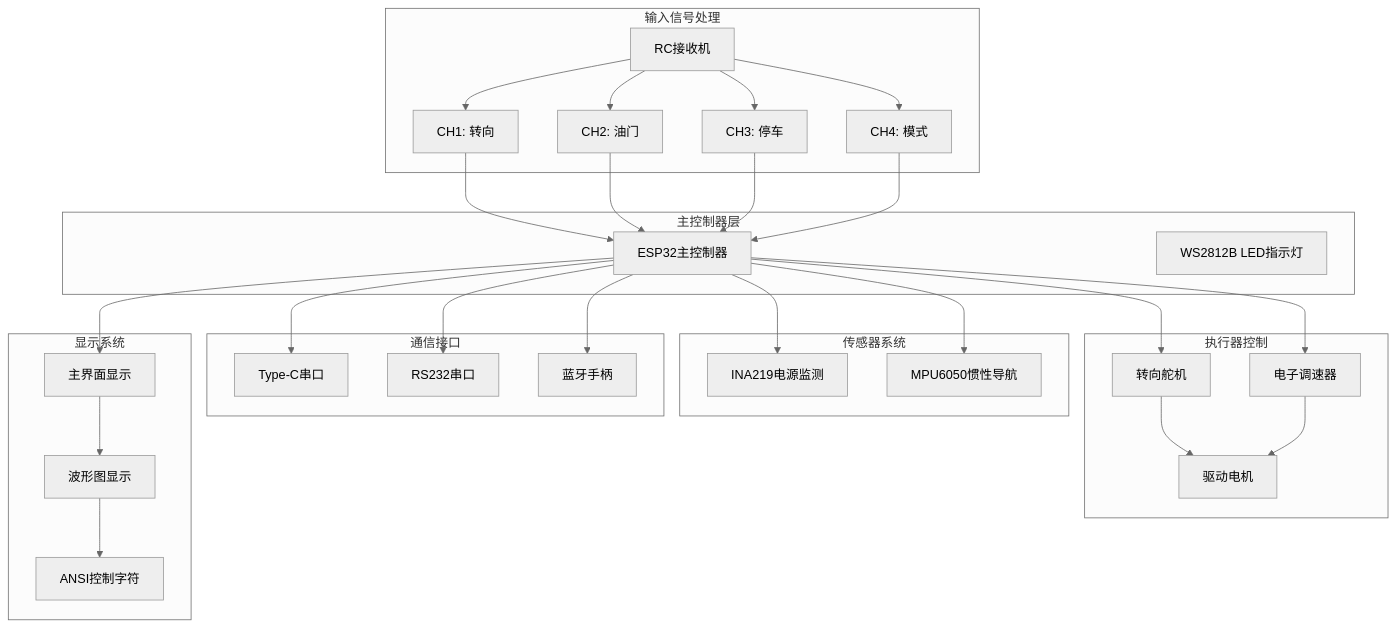
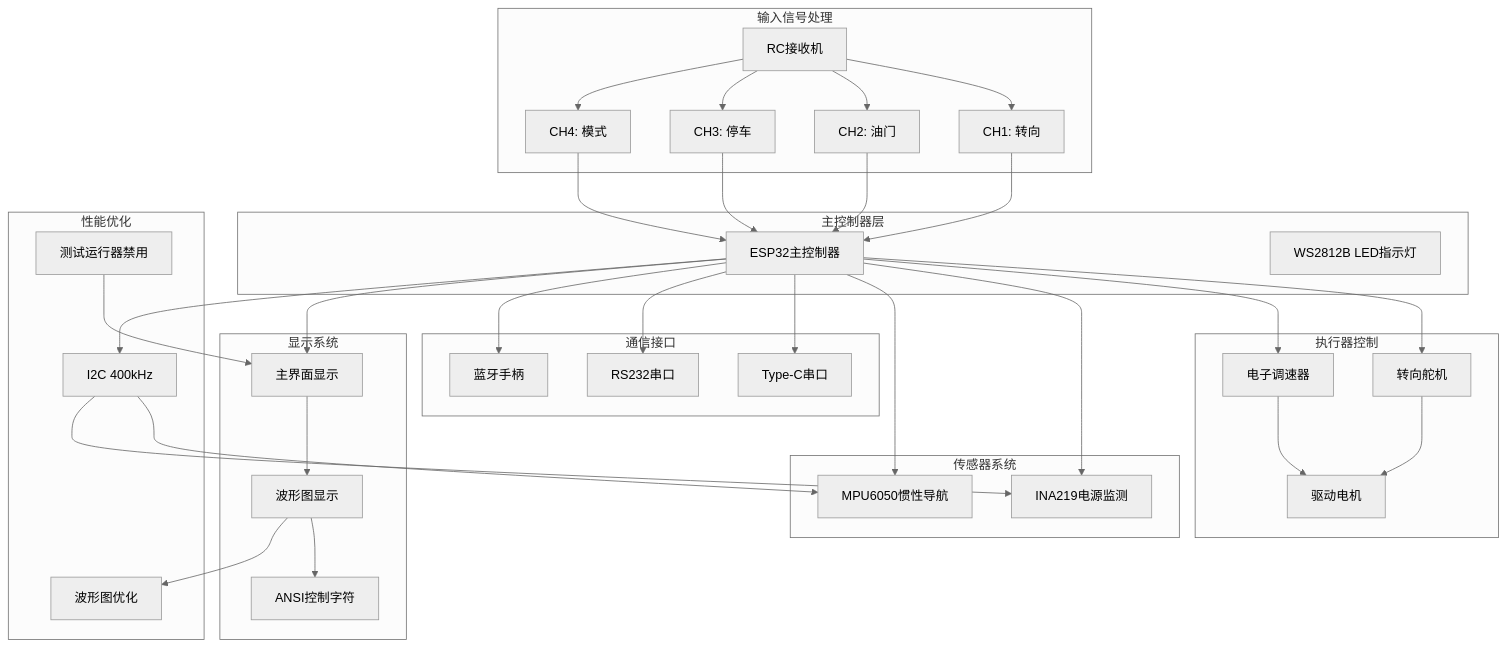
The first of 21 diagrams in .qoder/repowiki/zh/content/核心功能模块/核心功能模块.md (DonkeyDrift/Firmware), drawn with Mermaid (neutral theme) before and after one commit. The commit also changed other lines of this file and 9 other files, not shown here.

````diff
--- a/.qoder/repowiki/zh/content/核心功能模块/核心功能模块.md
+++ b/.qoder/repowiki/zh/content/核心功能模块/核心功能模块.md
@@ -37,53 +39,63 @@
 ```mermaid
 graph TB
 subgraph "主控制器层"
 ESP32[ESP32主控制器]
 LED[WS2812B LED指示灯]
 end
 subgraph "输入信号处理"
 RC[RC接收机]
 CH1[CH1: 转向]
 CH2[CH2: 油门]
 CH3[CH3: 停车]
 CH4[CH4: 模式]
 end
 subgraph "执行器控制"
 SERVO[转向舵机]
 ESC[电子调速器]
 MOTOR[驱动电机]
 end
 subgraph "传感器系统"
 INA219[INA219电源监测]
 MPU6050[MPU6050惯性导航]
 end
 subgraph "通信接口"
 TYPE_C[Type-C串口]
 RS232[RS232串口]
 BLE[蓝牙手柄]
 end
 subgraph "显示系统"
 UI[主界面显示]
 WAVE[波形图显示]
 ANSI[ANSI控制字符]
 end
+subgraph "性能优化"
+I2C_SPEED[I2C 400kHz]
+WAVE_OPT[波形图优化]
+TEST_SKIP[测试运行器禁用]
+end
 RC --> CH1
 RC --> CH2
 RC --> CH3
 RC --> CH4
 CH1 --> ESP32
 CH2 --> ESP32
 CH3 --> ESP32
 CH4 --> ESP32
 ESP32 --> SERVO
 ESP32 --> ESC
 SERVO --> MOTOR
 ESC --> MOTOR
 ESP32 --> INA219
 ESP32 --> MPU6050
 ESP32 --> TYPE_C
 ESP32 --> RS232
 ESP32 --> BLE
 ESP32 --> UI
 UI --> WAVE
 WAVE --> ANSI
+ESP32 --> I2C_SPEED
+I2C_SPEED --> MPU6050
+I2C_SPEED --> INA219
+WAVE --> WAVE_OPT
+TEST_SKIP --> UI
 ```
````
